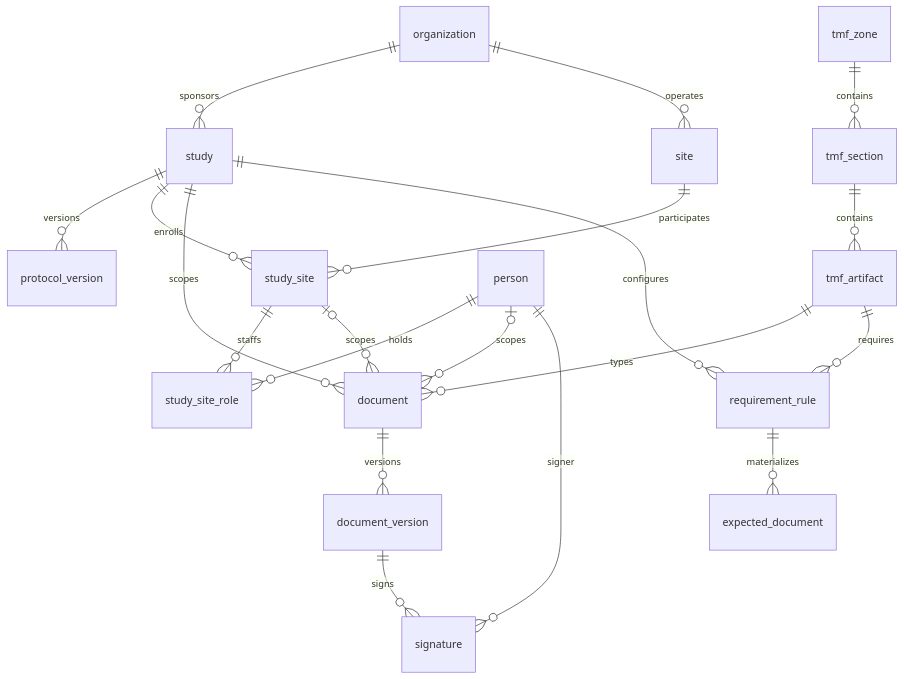
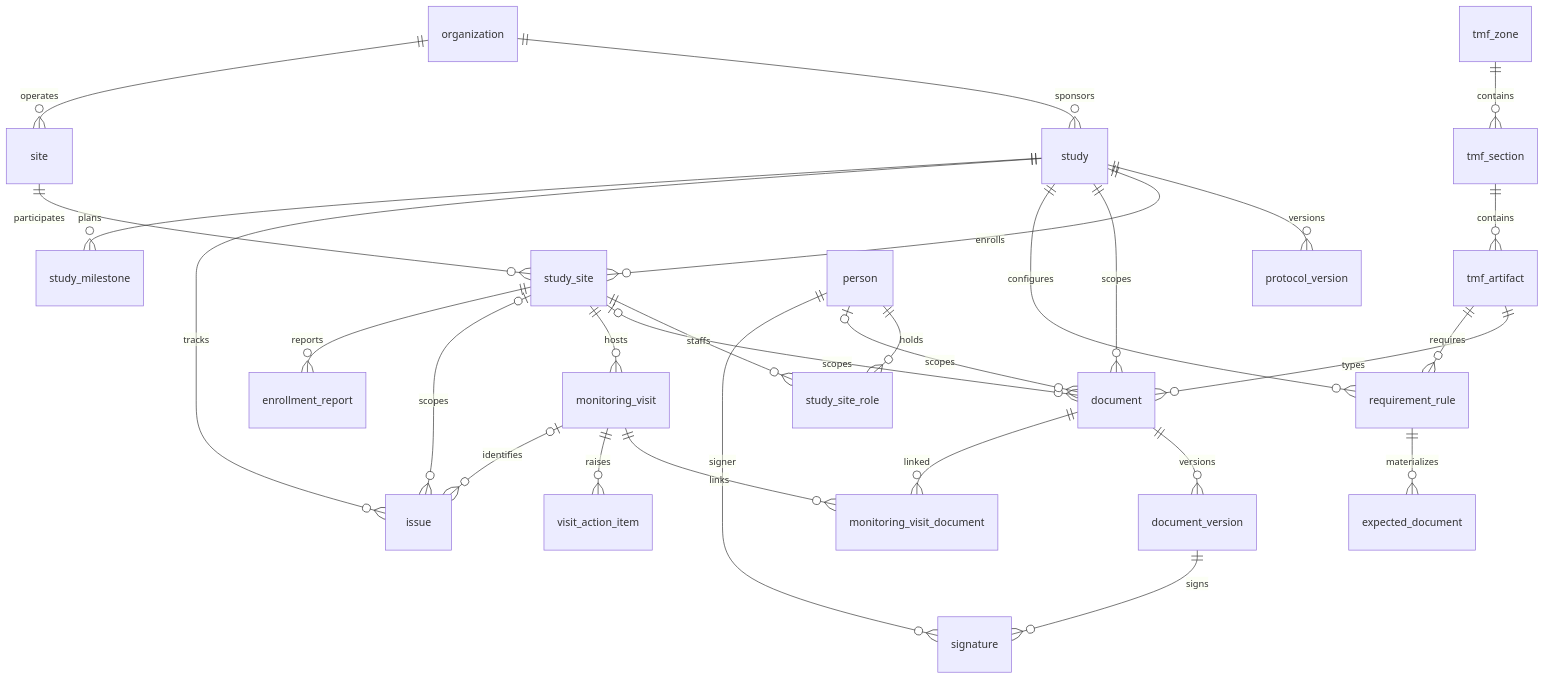
The diagram in docs/02-data-model.md (tgerke/ctms-core), drawn with Mermaid before and after one commit. The commit also changed other lines of this file and 3 other files, not shown here.

````diff
--- a/docs/02-data-model.md
+++ b/docs/02-data-model.md
@@ -8,22 +8,31 @@
 ```mermaid
 erDiagram
     tmf_zone ||--o{ tmf_section : contains
     tmf_section ||--o{ tmf_artifact : contains
     organization ||--o{ study : sponsors
     organization ||--o{ site : operates
     study ||--o{ protocol_version : versions
     study ||--o{ study_site : enrolls
     site ||--o{ study_site : participates
     study_site ||--o{ study_site_role : staffs
     person ||--o{ study_site_role : holds
     tmf_artifact ||--o{ document : types
     study ||--o{ document : scopes
     study_site o|--o{ document : scopes
     person o|--o{ document : scopes
     document ||--o{ document_version : versions
     document_version ||--o{ signature : signs
     person ||--o{ signature : signer
     tmf_artifact ||--o{ requirement_rule : requires
     study ||--o{ requirement_rule : configures
     requirement_rule ||--o{ expected_document : materializes
+    study_site ||--o{ monitoring_visit : hosts
+    monitoring_visit ||--o{ monitoring_visit_document : links
+    document ||--o{ monitoring_visit_document : linked
+    monitoring_visit ||--o{ visit_action_item : raises
+    study ||--o{ issue : tracks
+    study_site o|--o{ issue : scopes
+    monitoring_visit o|--o{ issue : identifies
+    study_site ||--o{ enrollment_report : reports
+    study ||--o{ study_milestone : plans
 ```
````
